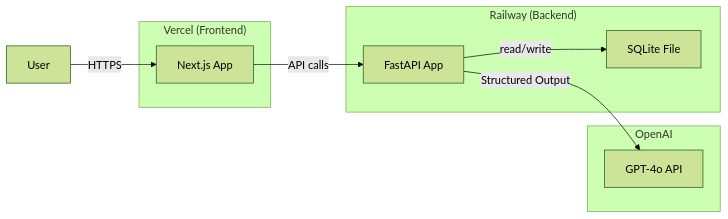
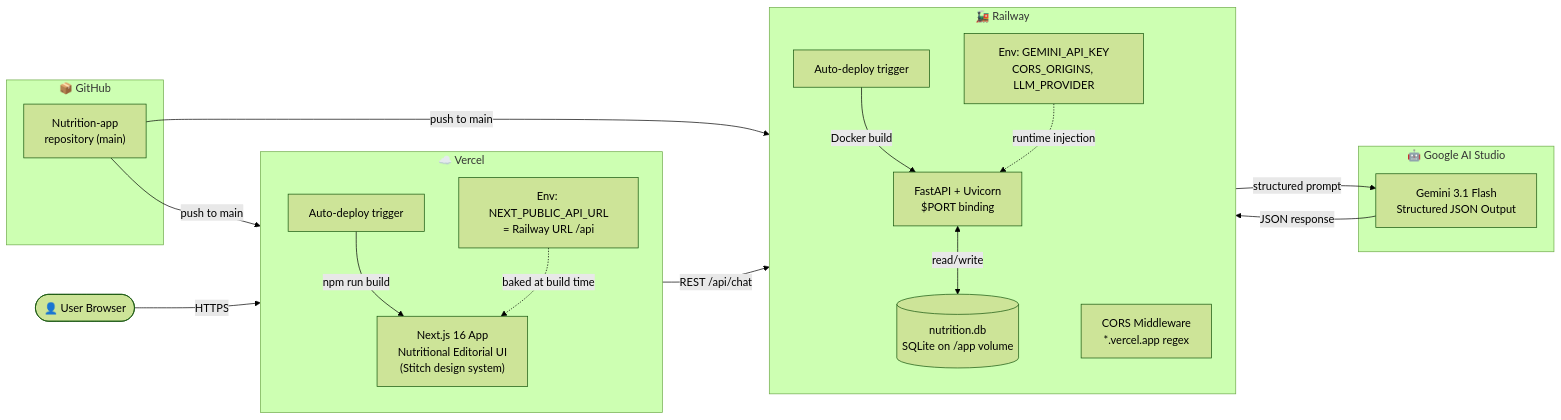
The sixth of 6 diagrams in docs/architecture.md (TheAlphaBA/Nutrition-app), drawn with Mermaid (forest theme) before and after one commit. The commit also changed other lines of this file and 6 other files, not shown here.

First line of the commit message:
docs: upgrade all markdown files with rich Mermaid diagrams for better understanding

````diff
--- a/docs/architecture.md
+++ b/docs/architecture.md
@@ -609,20 +655,40 @@
 ```mermaid
 flowchart LR
-    subgraph Vercel["Vercel (Frontend)"]
-        NJ["Next.js App"]
+    subgraph GitHub["📦 GitHub"]
+        Repo["Nutrition-app\nrepository (main)"]        
     end
 
-    subgraph Railway["Railway (Backend)"]
-        FA["FastAPI App"]
-        SQL["SQLite File"]
+    subgraph Vercel["☁️ Vercel"]
+        direction TB
+        VDeploy["Auto-deploy trigger"]
+        NextJS["Next.js 16 App\nNutritional Editorial UI\n(Stitch design system)"]
+        VEnv["Env: NEXT_PUBLIC_API_URL\n= Railway URL /api"]
     end
 
-    subgraph OpenAI["OpenAI"]
-        API["GPT-4o API"]
+    subgraph Railway["🚂 Railway"]
+        direction TB
+        RDeploy["Auto-deploy trigger"]
+        FastAPI["FastAPI + Uvicorn\n$PORT binding"]
+        CORS["CORS Middleware\n*.vercel.app regex"]
+        SQLiteDB[("nutrition.db\nSQLite on /app volume")]
+        REnv["Env: GEMINI_API_KEY\nCORS_ORIGINS, LLM_PROVIDER"]
     end
 
-    User -->|HTTPS| NJ
-    NJ -->|API calls| FA
-    FA -->|Structured Output| API
-    FA -->|read/write| SQL
+    subgraph GeminiCloud["🤖 Google AI Studio"]
+        GeminiAPI["Gemini 3.1 Flash\nStructured JSON Output"]
+    end
+
+    Browser(["👤 User Browser"]) -->|HTTPS| NextJS
+    NextJS -->|REST /api/chat| FastAPI
+    FastAPI -->|structured prompt| GeminiAPI
+    GeminiAPI -->|JSON response| FastAPI
+    FastAPI <-->|read/write| SQLiteDB
+
+    Repo -->|"push to main"| VDeploy
+    VDeploy -->|"npm run build"| NextJS
+    VEnv -.->|baked at build time| NextJS
+
+    Repo -->|"push to main"| RDeploy
+    RDeploy -->|"Docker build"| FastAPI
+    REnv -.->|runtime injection| FastAPI
 ```
````
